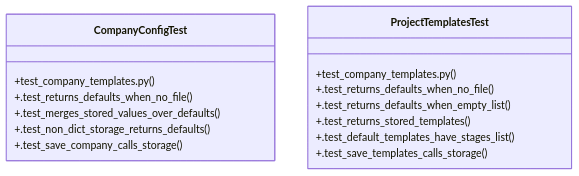
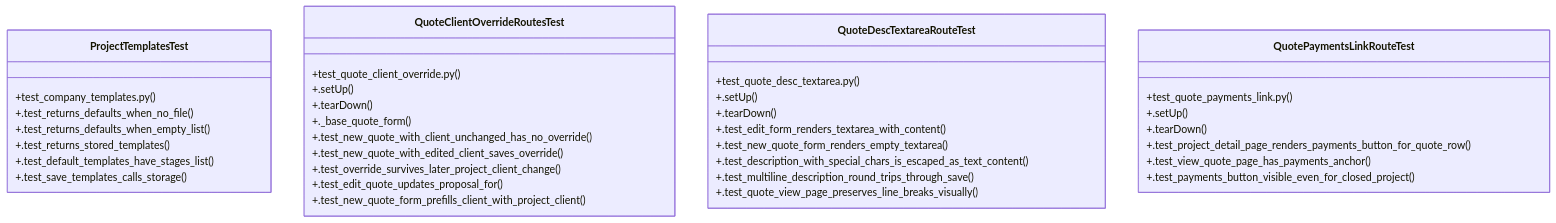
One commit to Daftrick/ProjectTracker changed the diagram in graphify-out/wiki/Community_0.md. Above: the diagram before and after it, drawn with Mermaid. The commit also changed other lines of this file and 413 other files, not shown here.

````diff
--- a/graphify-out/wiki/Community_0.md
+++ b/graphify-out/wiki/Community_0.md
@@ -36,18 +36,40 @@
 ```mermaid
 classDiagram
-    class CompanyConfigTest {
-        +test_company_templates.py()
-        +.test_returns_defaults_when_no_file()
-        +.test_merges_stored_values_over_defaults()
-        +.test_non_dict_storage_returns_defaults()
-        +.test_save_company_calls_storage()
-    }
     class ProjectTemplatesTest {
         +test_company_templates.py()
         +.test_returns_defaults_when_no_file()
         +.test_returns_defaults_when_empty_list()
         +.test_returns_stored_templates()
         +.test_default_templates_have_stages_list()
         +.test_save_templates_calls_storage()
     }
+    class QuoteClientOverrideRoutesTest {
+        +test_quote_client_override.py()
+        +.setUp()
+        +.tearDown()
+        +._base_quote_form()
+        +.test_new_quote_with_client_unchanged_has_no_override()
+        +.test_new_quote_with_edited_client_saves_override()
+        +.test_override_survives_later_project_client_change()
+        +.test_edit_quote_updates_proposal_for()
+        +.test_new_quote_form_prefills_client_with_project_client()
+    }
+    class QuoteDescTextareaRouteTest {
+        +test_quote_desc_textarea.py()
+        +.setUp()
+        +.tearDown()
+        +.test_edit_form_renders_textarea_with_content()
+        +.test_new_quote_form_renders_empty_textarea()
+        +.test_description_with_special_chars_is_escaped_as_text_content()
+        +.test_multiline_description_round_trips_through_save()
+        +.test_quote_view_page_preserves_line_breaks_visually()
+    }
+    class QuotePaymentsLinkRouteTest {
+        +test_quote_payments_link.py()
+        +.setUp()
+        +.tearDown()
+        +.test_project_detail_page_renders_payments_button_for_quote_row()
+        +.test_view_quote_page_has_payments_anchor()
+        +.test_payments_button_visible_even_for_closed_project()
+    }
 ```
````
